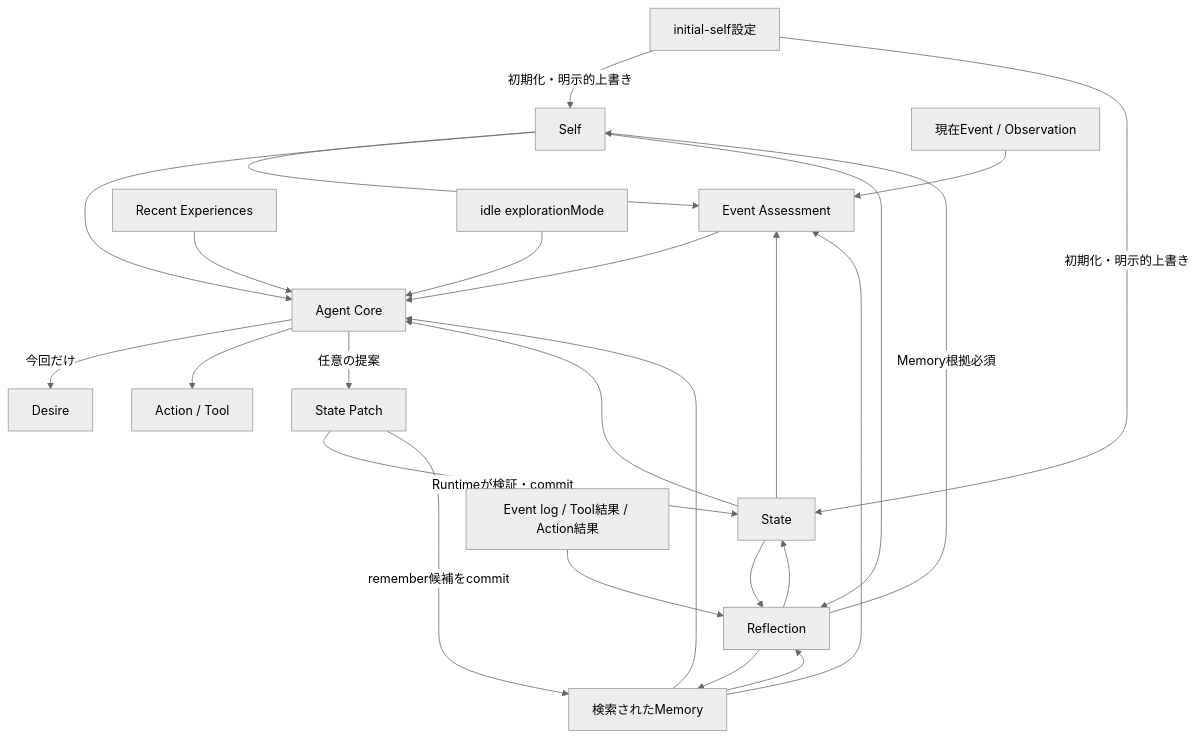
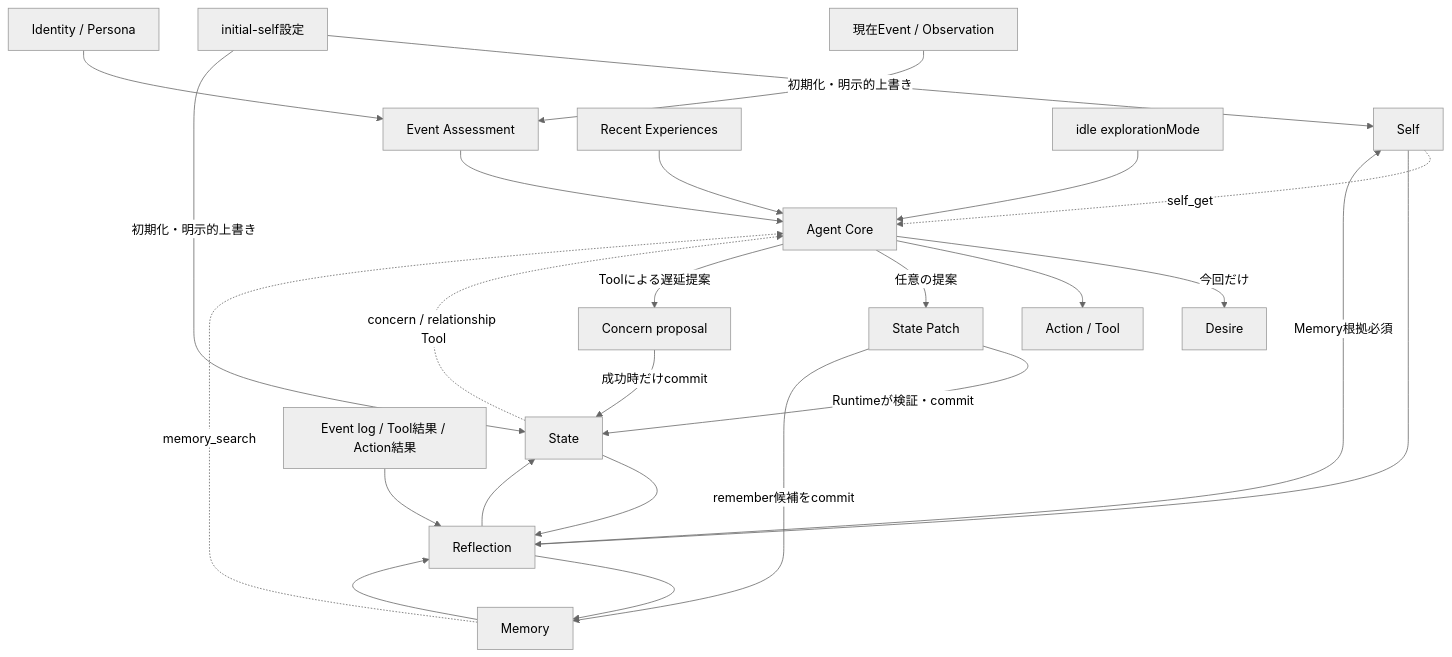
One commit to if001/social_agent changed the second of 6 diagrams in docs/D3/AGENT_MOTIVATION_MODEL.md. Above: the diagram before and after it, drawn with Mermaid (neutral theme). The commit also changed other lines of this file and 20 other files, not shown here.

````diff
--- a/docs/D3/AGENT_MOTIVATION_MODEL.md
+++ b/docs/D3/AGENT_MOTIVATION_MODEL.md
@@ -51,31 +51,31 @@
 ```mermaid
 flowchart TD
     CFG[initial-self設定] -->|初期化・明示的上書き| SELF[Self]
     CFG -->|初期化・明示的上書き| STATE[State]
 
     EVT[現在Event / Observation] --> ASSESS[Event Assessment]
-    SELF --> ASSESS
-    STATE --> ASSESS
-    MEM[検索されたMemory] --> ASSESS
+    ID[Identity / Persona] --> ASSESS
 
     ASSESS --> CORE[Agent Core]
-    SELF --> CORE
-    STATE --> CORE
-    MEM --> CORE
+    SELF -. self_get .-> CORE
+    STATE -. concern / relationship Tool .-> CORE
+    MEM[Memory] -. memory_search .-> CORE
     RECENT[Recent Experiences] --> CORE
     MODE[idle explorationMode] --> CORE
 
     CORE -->|今回だけ| DESIRE[Desire]
     CORE --> ACTION[Action / Tool]
     CORE -->|任意の提案| PATCH[State Patch]
+    CORE -->|Toolによる遅延提案| CQ[Concern proposal]
     PATCH -->|Runtimeが検証・commit| STATE
+    CQ -->|成功時だけcommit| STATE
     PATCH -->|remember候補をcommit| MEM
 
     EVTLOG[Event log / Tool結果 / Action結果] --> REFLECT[Reflection]
     STATE --> REFLECT
     SELF --> REFLECT
     MEM --> REFLECT
     REFLECT -->|Memory根拠必須| SELF
     REFLECT --> STATE
     REFLECT --> MEM
 ```
````
